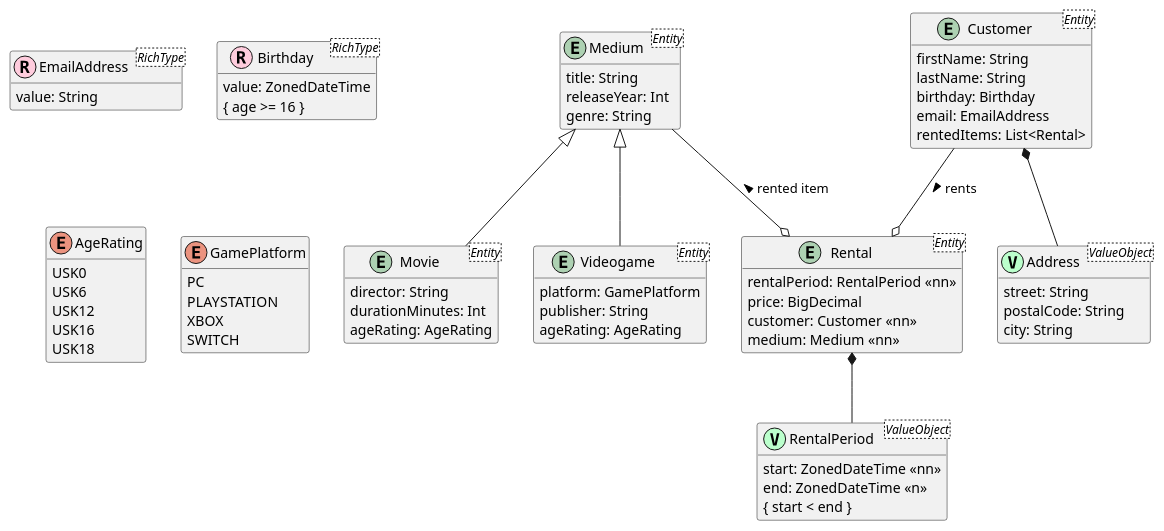
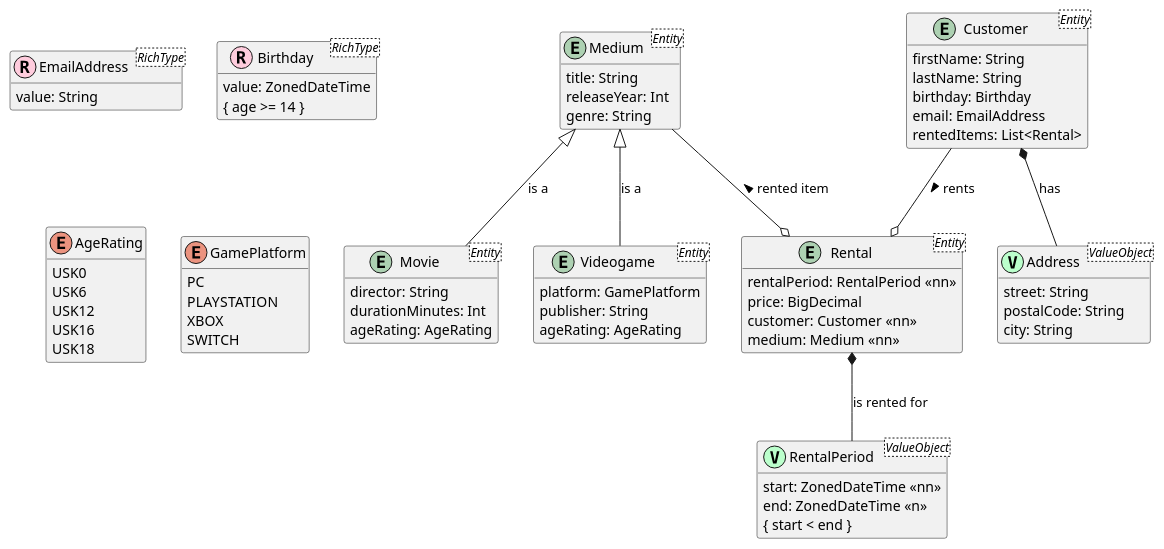
The diagram in src/puml/MovieRentalStore.puml (mfreimueller/SJ2526_4EHIF_December_Probetest), drawn with PlantUML before and after one commit. The commit also changed 2 other files, not shown here.

```diff
--- a/src/puml/MovieRentalStore.puml
+++ b/src/puml/MovieRentalStore.puml
@@ -1,103 +1,103 @@
 @startuml
 
 hide empty methods
 hide empty attributes
 
 entity Medium <Entity> {
     title: String
     releaseYear: Int
     genre: String
 }
 
 entity Movie <Entity> {
     director: String
     durationMinutes: Int
     ageRating: AgeRating
 }
 
 entity Videogame <Entity> {
     platform: GamePlatform
     publisher: String
     ageRating: AgeRating
 }
 
 entity Rental <Entity> {
     rentalPeriod: RentalPeriod <<nn>>
     price: BigDecimal
     customer: Customer <<nn>>
     medium: Medium <<nn>>
 }
 
 entity Customer <Entity> {
     firstName: String
     lastName: String
     birthday: Birthday
     email: EmailAddress
     rentedItems: List<Rental>
 }
 
 ' ===============================================
 ' Value Objects
 ' ===============================================
 
 entity Address <ValueObject> <<(V, bbFFcc)>> {
     street: String
     postalCode: String
     city: String
 }
 
 entity RentalPeriod <ValueObject> <<(V, bbFFcc)>> {
     start: ZonedDateTime <<nn>>
     end: ZonedDateTime <<n>>
 }
 
 RentalPeriod : { start < end }
 
 ' ===============================================
 ' Rich Types
 ' ===============================================
 
 entity EmailAddress <RichType> <<(R, ffccdd)>> {
     value: String
 }
 
 entity Birthday <RichType> <<(R, ffccdd)>> {
     value: ZonedDateTime
 }
 
-Birthday : { age >= 16 }
+Birthday : { age >= 14 }
 
 ' ===============================================
 ' Enumerations
 ' ===============================================
 
 enum AgeRating {
     USK0
     USK6
     USK12
     USK16
     USK18
 }
 
 enum GamePlatform {
     PC
     PLAYSTATION
     XBOX
     SWITCH
 }
 
 ' ===============================================
 ' Relations
 ' ===============================================
 
-Medium <|-- Movie
-Medium <|-- Videogame
+Medium <|-- Movie : is a
+Medium <|-- Videogame : is a
 
-Customer *-- Address
+Customer *-- Address : has
 
-Rental *-- RentalPeriod
+Rental *-- RentalPeriod : is rented for
 
 Customer --o Rental : rents >
 Medium   --o Rental : < rented item
 
 @enduml
```
